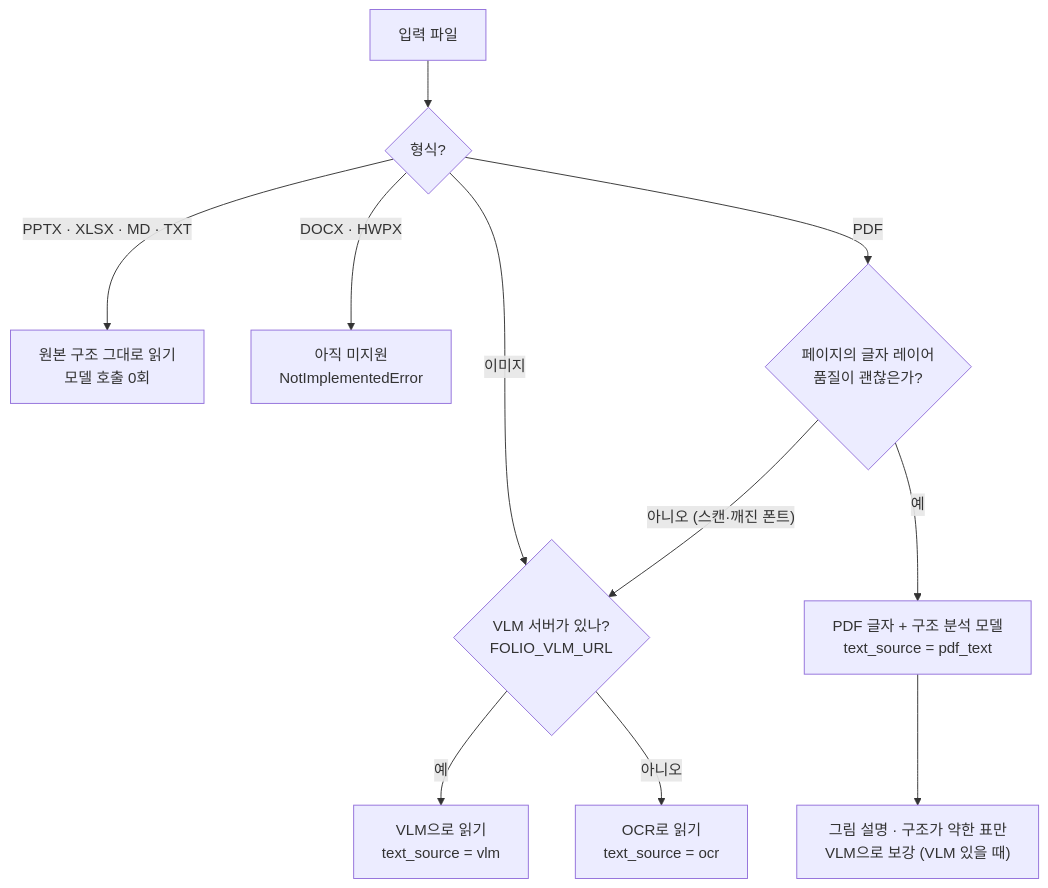
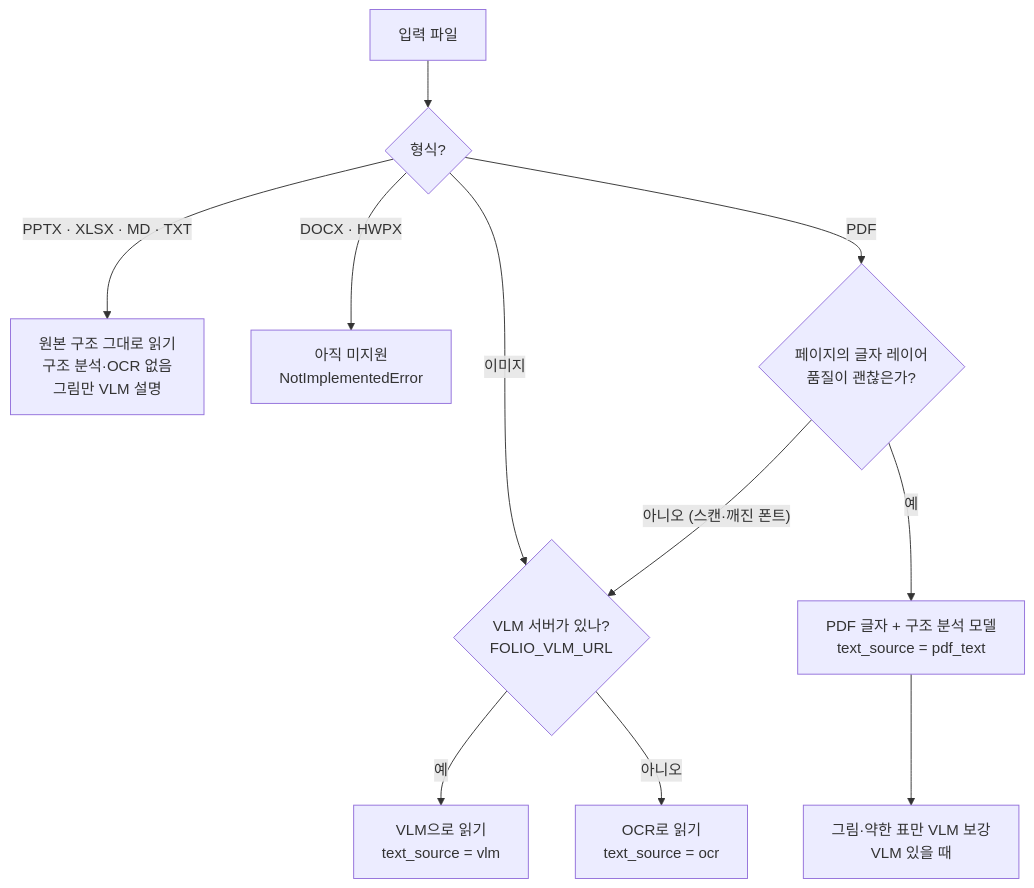
The fourth of 7 diagrams in README.md (pilsu-choi/folio), drawn with Mermaid before and after one commit. The commit also changed other lines of this file and 1 other file, not shown here.

Commit message:
docs(readme): fix parse/search diagram labels, restore DAG path and contract note

````diff
--- a/README.md
+++ b/README.md
@@ -86,13 +86,13 @@
 ```mermaid
 flowchart TD
     In["입력 파일"] --> T{"형식?"}
-    T -- "PPTX · XLSX · MD · TXT" --> N["원본 구조 그대로 읽기<br/>모델 호출 0회"]
+    T -- "PPTX · XLSX · MD · TXT" --> N["원본 구조 그대로 읽기<br/>구조 분석·OCR 없음<br/>그림만 VLM 설명"]
     T -- "DOCX · HWPX" --> X["아직 미지원<br/>NotImplementedError"]
     T -- "이미지" --> IMG
     T -- "PDF" --> Q{"페이지의 글자 레이어<br/>품질이 괜찮은가?"}
     Q -- "예" --> D["PDF 글자 + 구조 분석 모델<br/>text_source = pdf_text"]
     Q -- "아니오 (스캔·깨진 폰트)" --> IMG{"VLM 서버가 있나?<br/>FOLIO_VLM_URL"}
     IMG -- "예" --> V["VLM으로 읽기<br/>text_source = vlm"]
     IMG -- "아니오" --> O["OCR로 읽기<br/>text_source = ocr"]
-    D --> EN["그림 설명 · 구조가 약한 표만<br/>VLM으로 보강 (VLM 있을 때)"]
+    D --> EN["그림·약한 표만 VLM 보강<br/>VLM 있을 때"]
 ```
````
